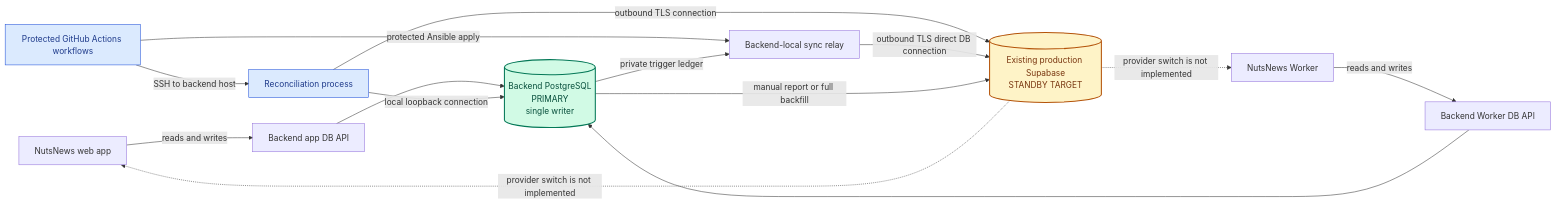
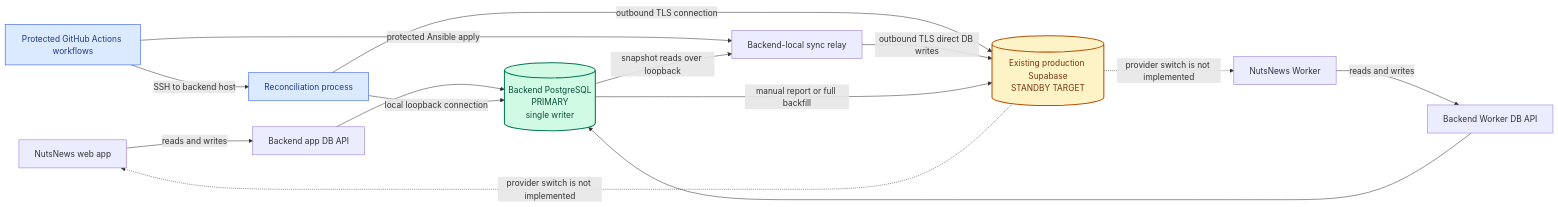
The first of 5 diagrams in DATABASE_RESILIENCY.md (ramideltoro/nutsnews-docs), drawn with Mermaid before and after one commit. The commit also changed other lines of this file and 1 other file, not shown here.

Commit message:
Correct Supabase sync relay docs

````diff
--- a/DATABASE_RESILIENCY.md
+++ b/DATABASE_RESILIENCY.md
@@ -19,26 +19,26 @@
 ```mermaid
 flowchart LR
     web["NutsNews web app"] -->|"reads and writes"| appApi["Backend app DB API"]
     worker["NutsNews Worker"] -->|"reads and writes"| workerApi["Backend Worker DB API"]
 
     appApi --> primary[("Backend PostgreSQL<br/>PRIMARY<br/>single writer")]
     workerApi --> primary
 
     actions["Protected GitHub Actions workflows"] -->|"SSH to backend host"| reconcile["Reconciliation process"]
     actions -->|"protected Ansible apply"| relay["Backend-local sync relay"]
     reconcile -->|"local loopback connection"| primary
     reconcile -->|"outbound TLS connection"| standby[("Existing production Supabase<br/>STANDBY TARGET")]
-    primary -->|"private trigger ledger"| relay
-    relay -->|"outbound TLS direct DB connection"| standby
+    primary -->|"snapshot reads over loopback"| relay
+    relay -->|"outbound TLS direct DB writes"| standby
     primary -->|"manual report or full backfill"| standby
 
     standby -.->|"provider switch is not implemented"| web
     standby -.->|"provider switch is not implemented"| worker
 
     classDef primary fill:#d1fae5,stroke:#047857,stroke-width:2px,color:#064e3b;
     classDef standby fill:#fef3c7,stroke:#b45309,stroke-width:2px,color:#78350f;
     classDef control fill:#dbeafe,stroke:#1d4ed8,color:#1e3a8a;
     class primary primary;
     class standby standby;
     class actions,reconcile control;
 ```
````
